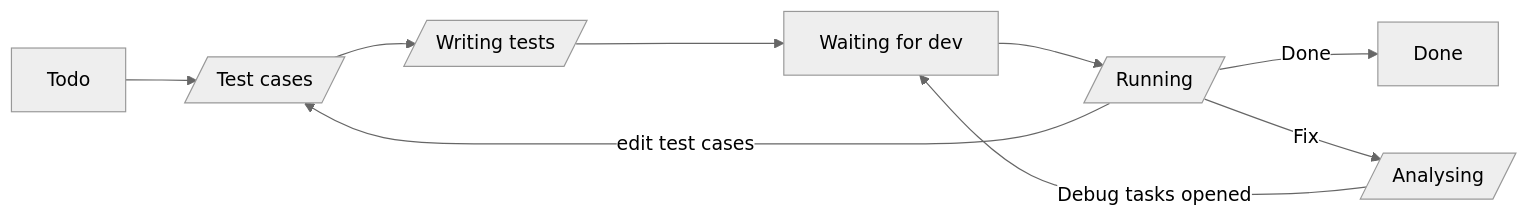
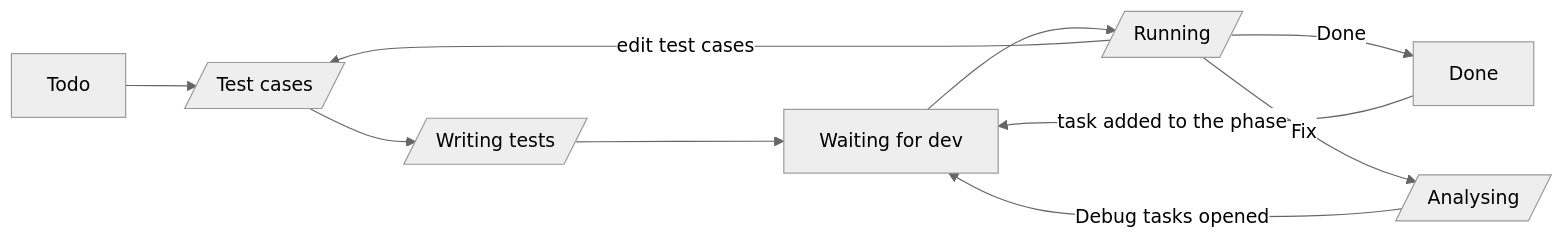
Before and after one commit to josh79622/tickie: the third of 3 diagrams in docs/brief.md, drawn with Mermaid (neutral theme). The commit also changed other lines of this file and 15 other files, not shown here.

````diff
--- a/docs/brief.md
+++ b/docs/brief.md
@@ -111,8 +117,9 @@
 ```mermaid
 flowchart LR
     todo[Todo] --> tc[/Test cases/] --> wt[/Writing tests/] --> wait[Waiting for dev] --> running[/Running/]
     running -- Done --> done[Done]
     running -- Fix --> analysing[/Analysing/]
     analysing -- Debug tasks opened --> wait
     running -- edit test cases --> tc
+    done -- task added to the phase --> wait
 ```
````
